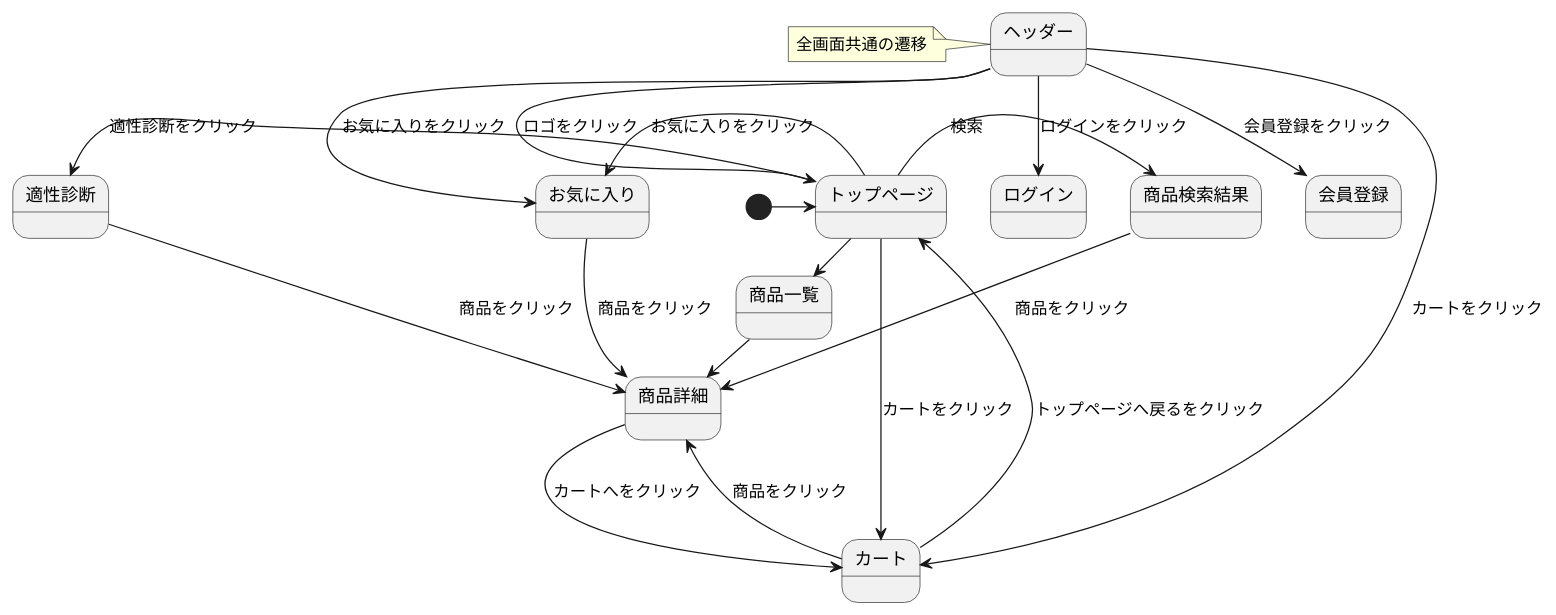
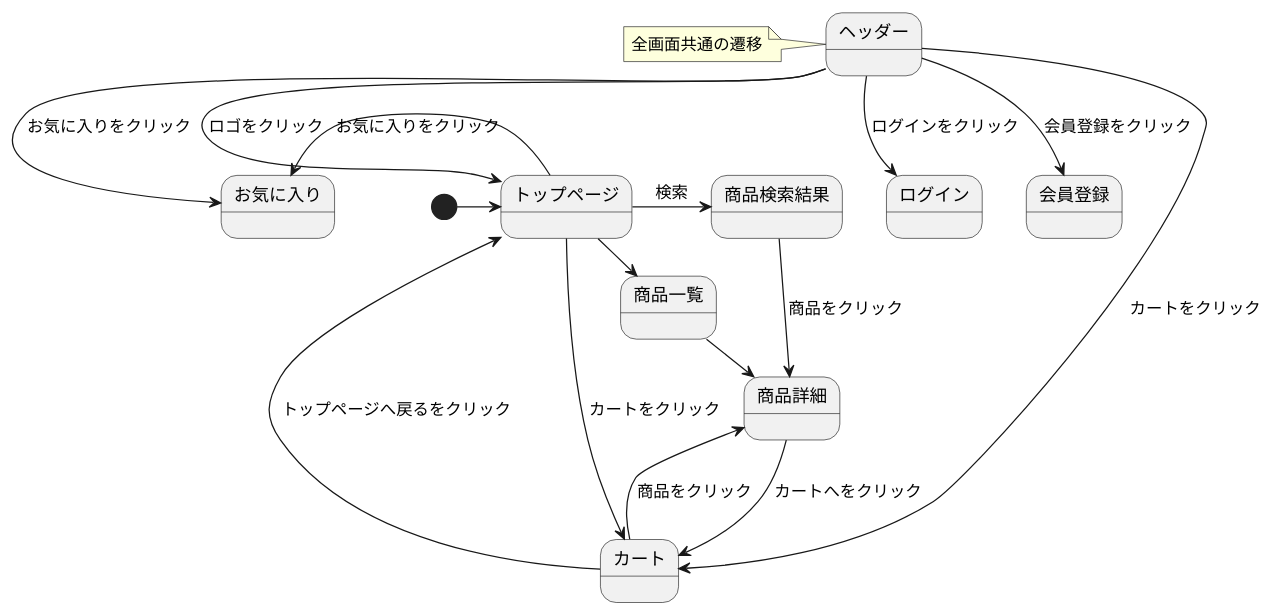
Before and after one commit to Aso2101122/coffeeEC: the diagram in 03_画面遷移図/stm_03.md, drawn with PlantUML.

````diff
--- a/03_画面遷移図/stm_03.md
+++ b/03_画面遷移図/stm_03.md
@@ -2,28 +2,25 @@
 ```uml
 @startuml
 [*]->トップページ
 トップページ->商品検索結果: 検索
 トップページ-right->商品一覧: 商品一覧をクリック
 商品一覧->商品詳細: 商品をクリック
 商品検索結果-down->商品詳細: 商品をクリック
 商品詳細-->カート: カートへをクリック
 トップページ-left->お気に入り: お気に入りをクリック
-お気に入り->商品詳細: 商品をクリック
-トップページ-left->適性診断: 適性診断をクリック
-適性診断->商品詳細: 商品をクリック
 トップページ-->カート: カートをクリック
 カート->トップページ: トップページへ戻るをクリック
 カート->商品詳細: 商品をクリック
 
 state ヘッダー{
 }
 note left of ヘッダー: 全画面共通の遷移
 
 
 ヘッダー-down->トップページ: ロゴをクリック
 ヘッダー-down->ログイン: ログインをクリック
 ヘッダー-down->会員登録: 会員登録をクリック
 ヘッダー-down->お気に入り: お気に入りをクリック
 ヘッダー-down->カート: カートをクリック
 @enduml
 ```
````
